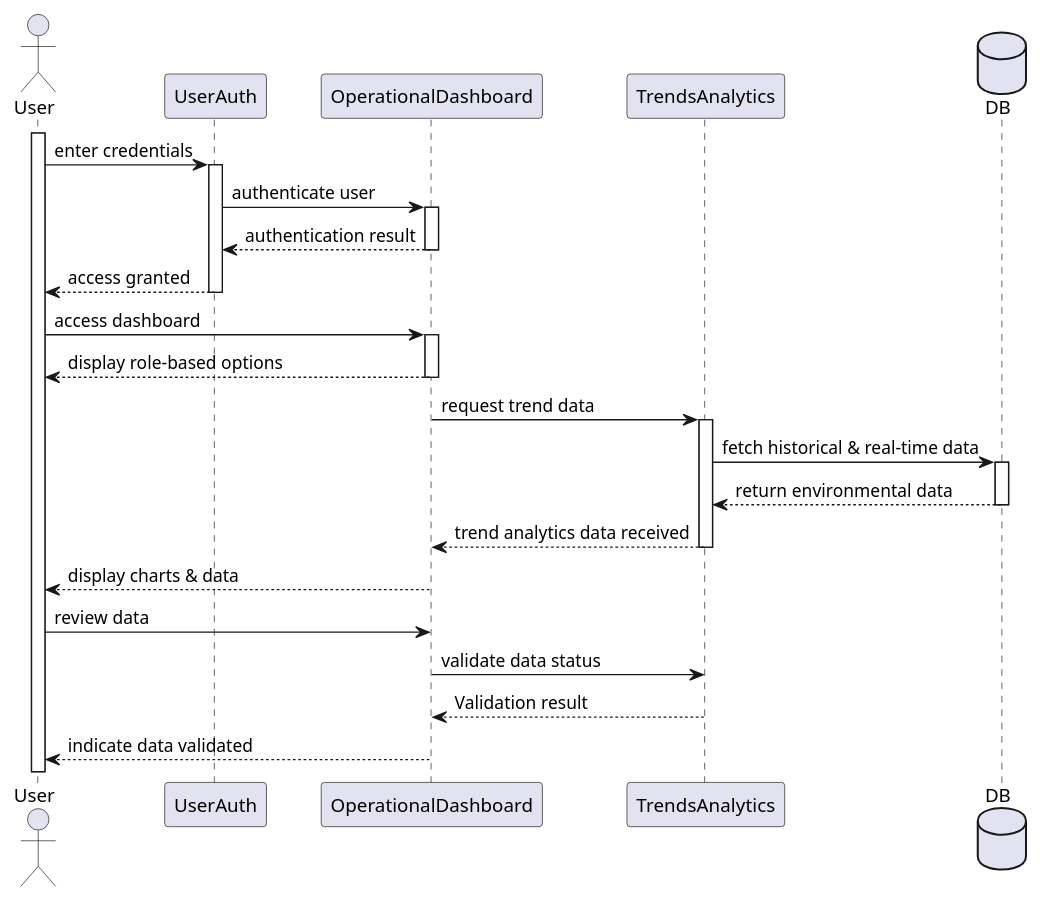
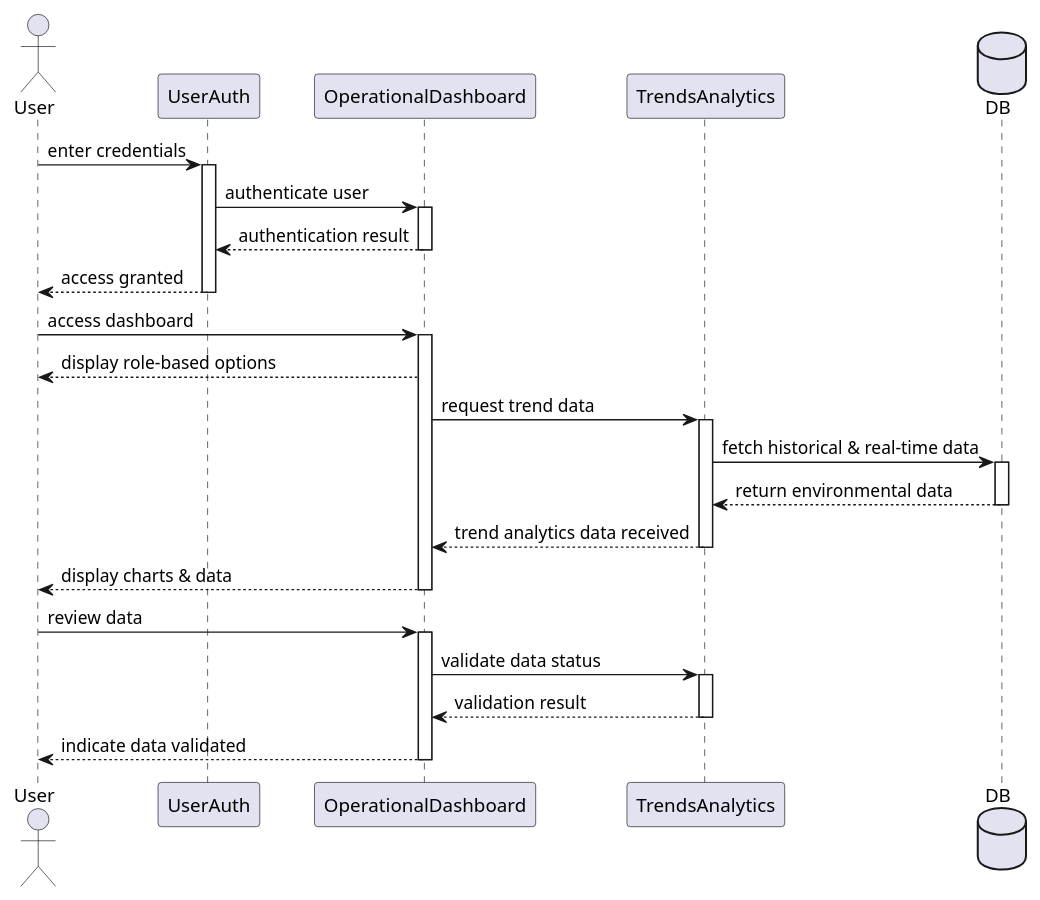
The diagram in docs/diagrams/plantuml/sequence/BE8_sequence.puml (harmanpreet-sagar/SFWRENG-3A04-Group6-T01), drawn with PlantUML before and after one commit. The commit also changed 1 other file, not shown here.

Commit message:
updated sequence diagrams

```diff
--- a/docs/diagrams/plantuml/sequence/BE8_sequence.puml
+++ b/docs/diagrams/plantuml/sequence/BE8_sequence.puml
@@ -1,34 +1,30 @@
 @startuml
 actor User
 
 participant UserAuth
 participant OperationalDashboard
 participant TrendsAnalytics
 database "DB" as DB
 
-activate User
-
 User -> UserAuth ++ : enter credentials
 UserAuth -> OperationalDashboard ++ : authenticate user
 OperationalDashboard --> UserAuth -- : authentication result
 UserAuth --> User -- : access granted
 
 User -> OperationalDashboard ++ : access dashboard
-OperationalDashboard --> User -- : display role-based options
+OperationalDashboard --> User : display role-based options
 
 OperationalDashboard -> TrendsAnalytics ++ : request trend data
-
 TrendsAnalytics -> DB ++ : fetch historical & real-time data
 DB --> TrendsAnalytics -- : return environmental data
+TrendsAnalytics --> OperationalDashboard -- : trend analytics data received
 
-TrendsAnalytics --> OperationalDashboard -- : trend analytics data received
-OperationalDashboard --> User -- : display charts & data
+OperationalDashboard --> User : display charts & data
+deactivate OperationalDashboard
 
-User -> OperationalDashboard : review data
-OperationalDashboard -> TrendsAnalytics : validate data status
-
-TrendsAnalytics --> OperationalDashboard : Validation result
-OperationalDashboard --> User : indicate data validated
-
+User -> OperationalDashboard ++ : review data
+OperationalDashboard -> TrendsAnalytics ++ : validate data status
+TrendsAnalytics --> OperationalDashboard -- : validation result
+OperationalDashboard --> User -- : indicate data validated
 
 @enduml
```
